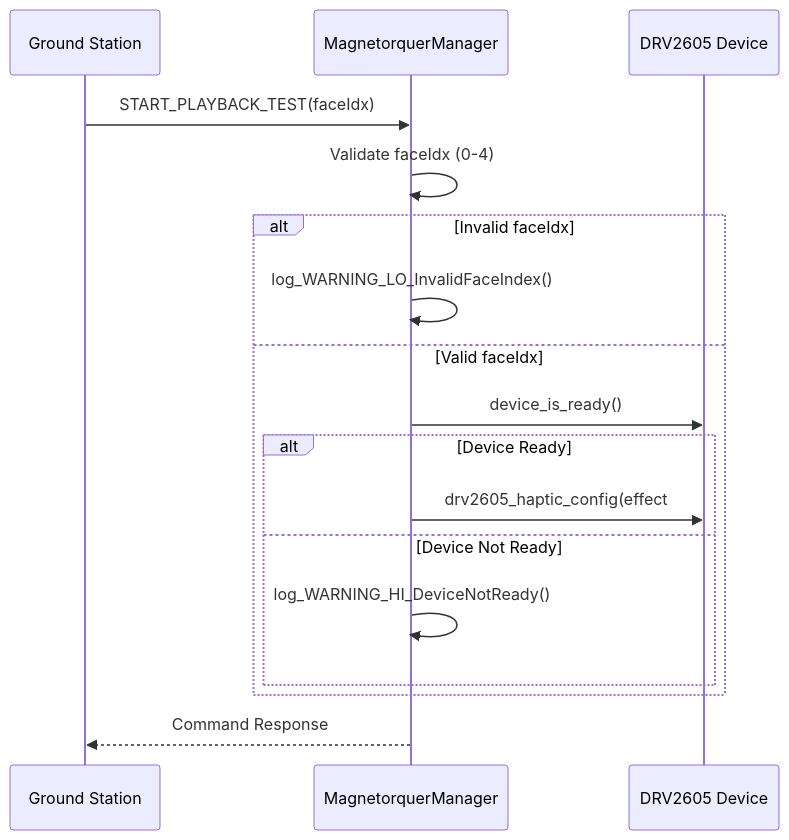
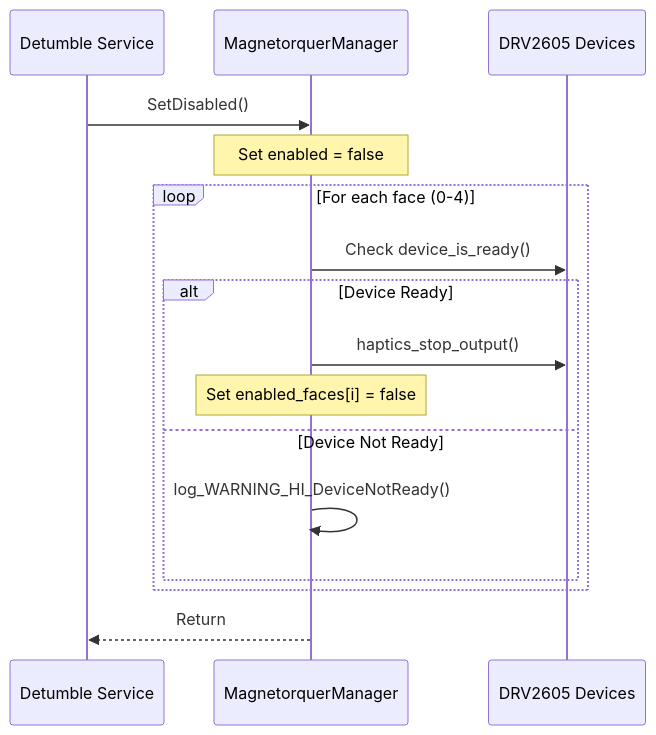
One commit to Open-Source-Space-Foundation/proves-core-reference changed the fourth of 4 diagrams in FprimeZephyrReference/Components/Drv/MagnetorquerManager/docs/sdd.md. Above: the diagram before and after it, drawn with Mermaid. The commit also changed other lines of this file, not shown here.

````diff
--- a/FprimeZephyrReference/Components/Drv/MagnetorquerManager/docs/sdd.md
+++ b/FprimeZephyrReference/Components/Drv/MagnetorquerManager/docs/sdd.md
@@ -88,20 +104,19 @@
 ```mermaid
 sequenceDiagram
-    participant GS as Ground Station
+    participant DS as Detumble Service
     participant MM as MagnetorquerManager
-    participant DRV as DRV2605 Device
+    participant DRV as DRV2605 Devices
 
-    GS->>MM: START_PLAYBACK_TEST(faceIdx)
-    MM->>MM: Validate faceIdx (0-4)
-    alt Invalid faceIdx
-        MM->>MM: log_WARNING_LO_InvalidFaceIndex()
-    else Valid faceIdx
-        MM->>DRV: device_is_ready()
+    DS->>MM: SetDisabled()
+    Note over MM: Set enabled = false
+    loop For each face (0-4)
+        MM->>DRV: Check device_is_ready()
         alt Device Ready
-            MM->>DRV: drv2605_haptic_config(effect #47)
+            MM->>DRV: haptics_stop_output()
+            Note over MM: Set enabled_faces[i] = false
         else Device Not Ready
             MM->>MM: log_WARNING_HI_DeviceNotReady()
         end
     end
-    MM-->>GS: Command Response
+    MM-->>DS: Return
 ```
````
